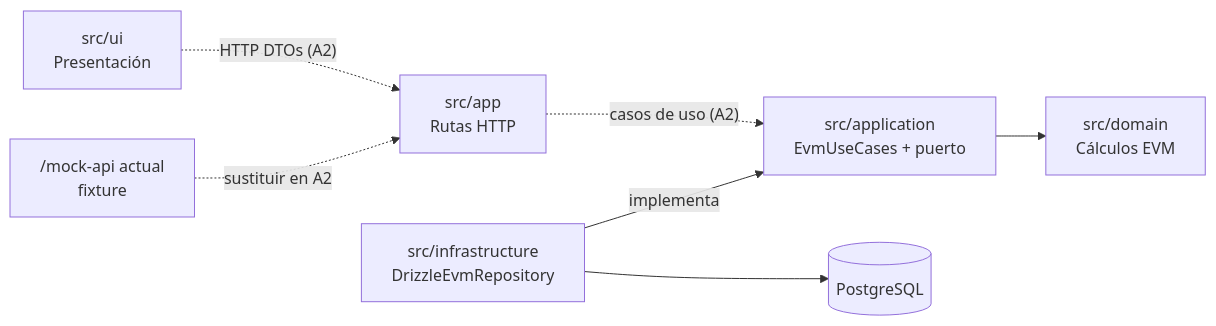
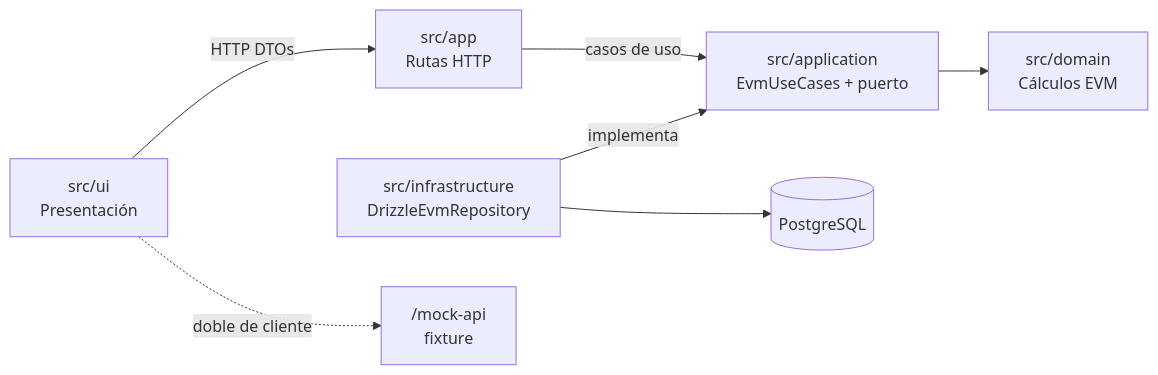
One commit to Daurregos/evm-pmi-fullstack changed the diagram in docs/ARCHITECTURE.md. Above: the diagram before and after it, drawn with Mermaid. The commit also changed other lines of this file and 1 other file, not shown here.

Commit message:
docs: complete the real HTTP request journey

````diff
--- a/docs/ARCHITECTURE.md
+++ b/docs/ARCHITECTURE.md
@@ -7,9 +7,9 @@
 ```mermaid
 flowchart LR
-  ui["src/ui\nPresentación"] -. "HTTP DTOs (A2)" .-> api["src/app\nRutas HTTP"]
-  api -. "casos de uso (A2)" .-> application["src/application\nEvmUseCases + puerto"]
+  ui["src/ui\nPresentación"] -->|"HTTP DTOs"| api["src/app\nRutas HTTP"]
+  api -->|"casos de uso"| application["src/application\nEvmUseCases + puerto"]
   application --> domain["src/domain\nCálculos EVM"]
   infrastructure["src/infrastructure\nDrizzleEvmRepository"] -->|implementa| application
   infrastructure --> postgres[(PostgreSQL)]
-  mock["/mock-api actual\nfixture"] -. "sustituir en A2" .-> api
+  ui -. "doble de cliente" .-> mock["/mock-api\nfixture"]
 ```
````
